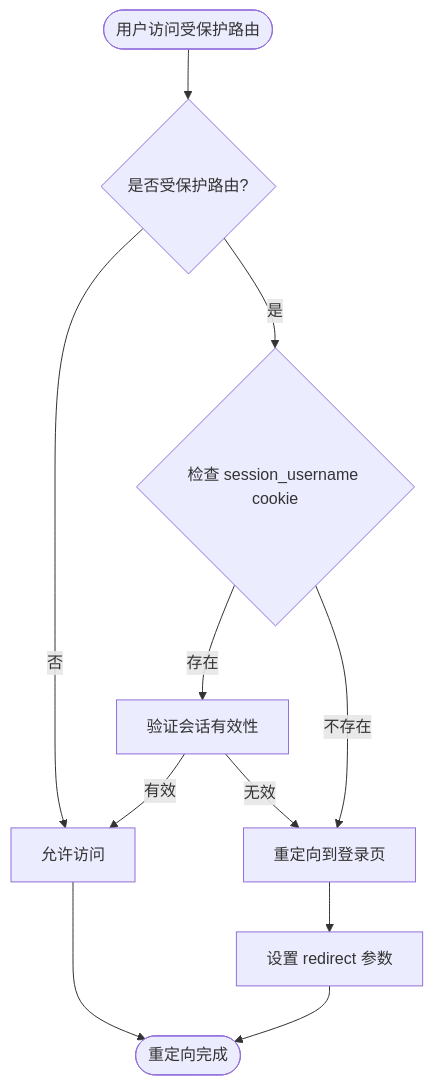
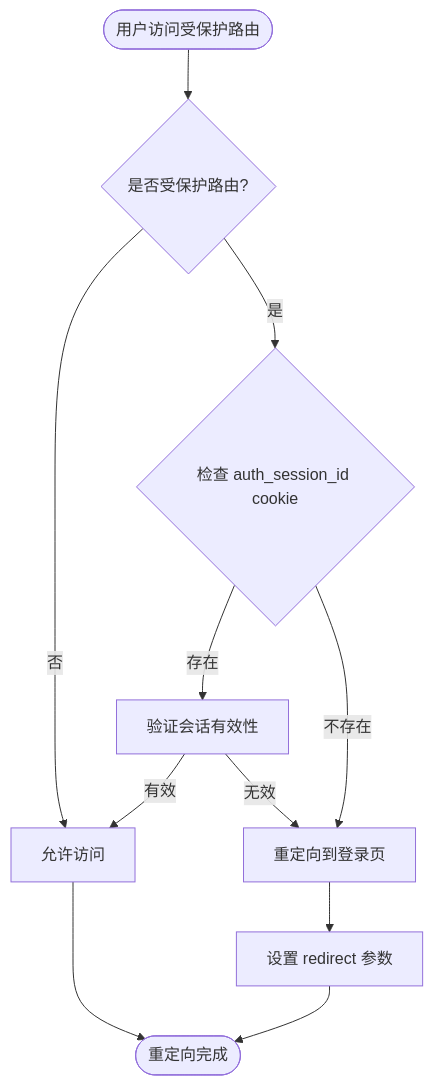
One commit to ghbbn053-ship-itsoulddog/soulddog changed the fourth of 14 diagrams in .qoder/repowiki/zh/content/前端应用文档/登录页面与认证流程.md. Above: the diagram before and after it, drawn with Mermaid. The commit also changed other lines of this file and 119 other files, not shown here.

````diff
--- a/.qoder/repowiki/zh/content/前端应用文档/登录页面与认证流程.md
+++ b/.qoder/repowiki/zh/content/前端应用文档/登录页面与认证流程.md
@@ -260,13 +280,13 @@
 ```mermaid
 flowchart TD
 Start([用户访问受保护路由]) --> CheckRoute{是否受保护路由?}
 CheckRoute --> |否| AllowAccess[允许访问]
-CheckRoute --> |是| CheckCookie{检查 session_username cookie}
+CheckRoute --> |是| CheckCookie{检查 auth_session_id cookie}
 CheckCookie --> |存在| ValidateCookie[验证会话有效性]
 CheckCookie --> |不存在| RedirectLogin[重定向到登录页]
 ValidateCookie --> |有效| AllowAccess
 ValidateCookie --> |无效| RedirectLogin
 RedirectLogin --> SetRedirectParam[设置 redirect 参数]
 SetRedirectParam --> End([重定向完成])
 AllowAccess --> End
 ```
````
